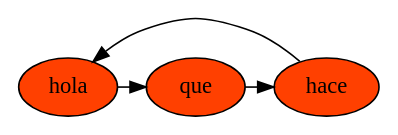
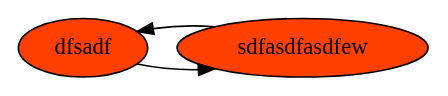
One commit to Toto95/Practica1s12017_201408515 changed the diagram in practica1Scrabble/usuarios.dot. Above: the diagram before and after it, drawn with Graphviz. The commit also changed 24 other files, not shown here.

```diff
--- a/practica1Scrabble/usuarios.dot
+++ b/practica1Scrabble/usuarios.dot
@@ -1,11 +1,8 @@
 digraph B{
-nodo798730300 -> nodo1408162670
-{rank = same; nodo798730300 nodo1408162670}
-nodo798730300[label="hola",style=filled, fillcolor="#FF4000"]
-nodo1408162670 -> nodo764986753
-{rank = same; nodo1408162670 nodo764986753}
-nodo1408162670[label="que ",style=filled, fillcolor="#FF4000"]
-nodo764986753 -> nodo798730300
-{rank = same; nodo764986753 nodo798730300}
-nodo764986753[label="hace",style=filled, fillcolor="#FF4000"]
+nodo637292644 -> nodo894191132
+{rank = same; nodo637292644 nodo894191132}
+nodo637292644[label="dfsadf",style=filled, fillcolor="#FF4000"]
+nodo894191132 -> nodo637292644
+{rank = same; nodo894191132 nodo637292644}
+nodo894191132[label="sdfasdfasdfew",style=filled, fillcolor="#FF4000"]
 }
```
